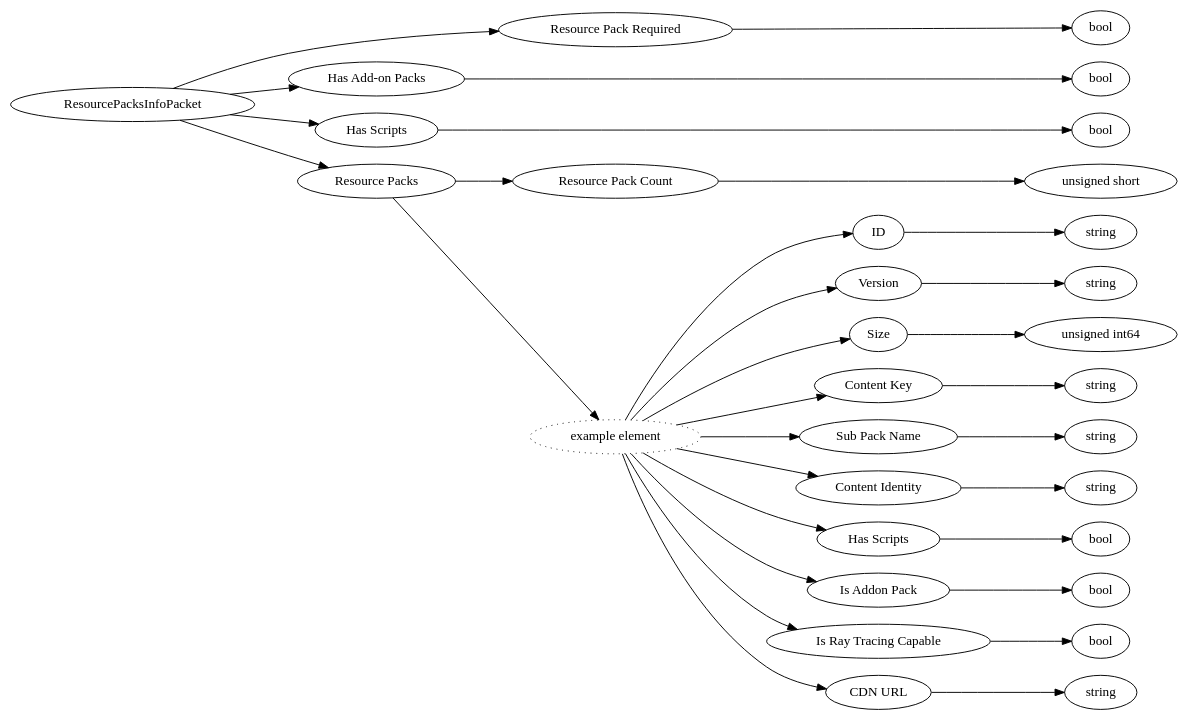
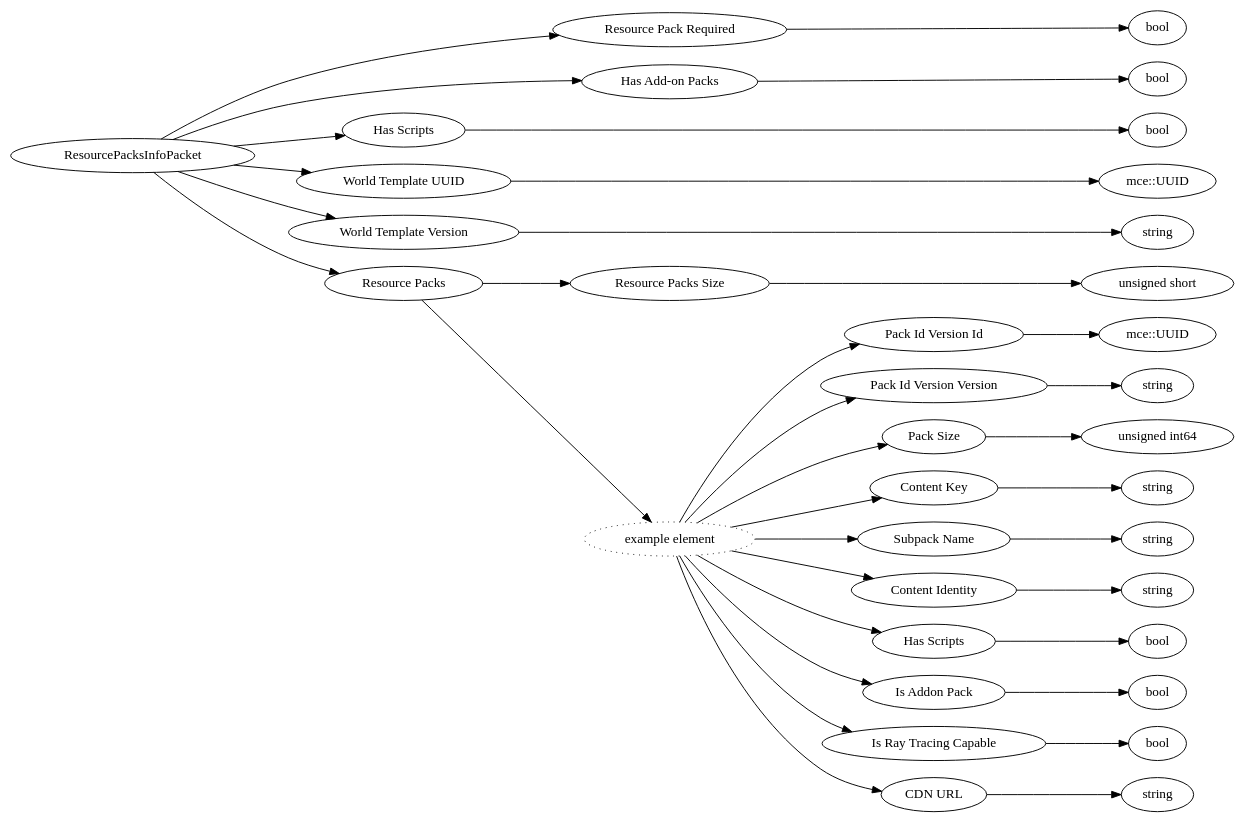
One commit to Mojang/bedrock-protocol-docs changed the diagram in dot/ResourcePacksInfoPacket.dot. Above: the diagram before and after it, drawn with Graphviz. The commit also changed 460 other files, not shown here.

```diff
--- a/dot/ResourcePacksInfoPacket.dot
+++ b/dot/ResourcePacksInfoPacket.dot
@@ -1,68 +1,76 @@
 digraph "ResourcePacksInfoPacket" {
 rankdir = LR
 0
 0 -> 1
 1 -> 2
 0 -> 3
 3 -> 4
 0 -> 5
 5 -> 6
 0 -> 7
 7 -> 8
-8 -> 9
-7 -> 10
-10 -> 11
+0 -> 9
+9 -> 10
+0 -> 11
 11 -> 12
-10 -> 13
-13 -> 14
-10 -> 15
+12 -> 13
+11 -> 14
+14 -> 15
 15 -> 16
-10 -> 17
+14 -> 17
 17 -> 18
-10 -> 19
+14 -> 19
 19 -> 20
-10 -> 21
+14 -> 21
 21 -> 22
-10 -> 23
+14 -> 23
 23 -> 24
-10 -> 25
+14 -> 25
 25 -> 26
-10 -> 27
+14 -> 27
 27 -> 28
-10 -> 29
+14 -> 29
 29 -> 30
+14 -> 31
+31 -> 32
+14 -> 33
+33 -> 34
 
 0 [label="ResourcePacksInfoPacket",comment="name: \"ResourcePacksInfoPacket\", typeName: \"\", id: 0, branchId: 6, recurseId: -1, attributes: 0, notes: \"\""];
 1 [label="Resource Pack Required",comment="name: \"Resource Pack Required\", typeName: \"\", id: 1, branchId: 0, recurseId: -1, attributes: 0, notes: \"\""];
 2 [label="bool",comment="name: \"bool\", typeName: \"\", id: 2, branchId: 0, recurseId: -1, attributes: 512, notes: \"\""];
 3 [label="Has Add-on Packs",comment="name: \"Has Add-on Packs\", typeName: \"\", id: 3, branchId: 0, recurseId: -1, attributes: 0, notes: \"\""];
 4 [label="bool",comment="name: \"bool\", typeName: \"\", id: 4, branchId: 0, recurseId: -1, attributes: 512, notes: \"\""];
 5 [label="Has Scripts",comment="name: \"Has Scripts\", typeName: \"\", id: 5, branchId: 0, recurseId: -1, attributes: 0, notes: \"\""];
 6 [label="bool",comment="name: \"bool\", typeName: \"\", id: 6, branchId: 0, recurseId: -1, attributes: 512, notes: \"\""];
-7 [label="Resource Packs",comment="name: \"Resource Packs\", typeName: \"\", id: 7, branchId: 0, recurseId: -1, attributes: 8, notes: \"\""];
-8 [label="Resource Pack Count",comment="name: \"Resource Pack Count\", typeName: \"\", id: 8, branchId: 0, recurseId: -1, attributes: 0, notes: \"\""];
-9 [label="unsigned short",comment="name: \"unsigned short\", typeName: \"\", id: 9, branchId: 0, recurseId: -1, attributes: 512, notes: \"\""];
-10 [label="example element",style=dotted,comment="name: \"example element\", typeName: \"\", id: 10, branchId: 0, recurseId: -1, attributes: 16, notes: \"\""];
-11 [label="ID",comment="name: \"ID\", typeName: \"\", id: 11, branchId: 0, recurseId: -1, attributes: 0, notes: \"\""];
-12 [label="string",comment="name: \"string\", typeName: \"\", id: 12, branchId: 0, recurseId: -1, attributes: 512, notes: \"\""];
-13 [label="Version",comment="name: \"Version\", typeName: \"\", id: 13, branchId: 0, recurseId: -1, attributes: 0, notes: \"\""];
-14 [label="string",comment="name: \"string\", typeName: \"\", id: 14, branchId: 0, recurseId: -1, attributes: 512, notes: \"\""];
-15 [label="Size",comment="name: \"Size\", typeName: \"\", id: 15, branchId: 0, recurseId: -1, attributes: 0, notes: \"\""];
-16 [label="unsigned int64",comment="name: \"unsigned int64\", typeName: \"\", id: 16, branchId: 0, recurseId: -1, attributes: 512, notes: \"\""];
-17 [label="Content Key",comment="name: \"Content Key\", typeName: \"\", id: 17, branchId: 0, recurseId: -1, attributes: 0, notes: \"\""];
+7 [label="World Template UUID",comment="name: \"World Template UUID\", typeName: \"mce::UUID\", id: 7, branchId: 0, recurseId: -1, attributes: 256, notes: \"Indicates what template if any was used to create the world on the server.\""];
+8 [label="mce::UUID",comment="name: \"mce::UUID\", typeName: \"\", id: 8, branchId: 0, recurseId: -1, attributes: 512, notes: \"\""];
+9 [label="World Template Version",comment="name: \"World Template Version\", typeName: \"\", id: 9, branchId: 0, recurseId: -1, attributes: 0, notes: \"Indicates the version of the template used to create the world on the server.\""];
+10 [label="string",comment="name: \"string\", typeName: \"\", id: 10, branchId: 0, recurseId: -1, attributes: 512, notes: \"\""];
+11 [label="Resource Packs",comment="name: \"Resource Packs\", typeName: \"\", id: 11, branchId: 0, recurseId: -1, attributes: 8, notes: \"\""];
+12 [label="Resource Packs Size",comment="name: \"Resource Packs Size\", typeName: \"\", id: 12, branchId: 0, recurseId: -1, attributes: 0, notes: \"\""];
+13 [label="unsigned short",comment="name: \"unsigned short\", typeName: \"\", id: 13, branchId: 0, recurseId: -1, attributes: 512, notes: \"\""];
+14 [label="example element",style=dotted,comment="name: \"example element\", typeName: \"\", id: 14, branchId: 0, recurseId: -1, attributes: 16, notes: \"\""];
+15 [label="Pack Id Version Id",comment="name: \"Pack Id Version Id\", typeName: \"mce::UUID\", id: 15, branchId: 0, recurseId: -1, attributes: 256, notes: \"\""];
+16 [label="mce::UUID",comment="name: \"mce::UUID\", typeName: \"\", id: 16, branchId: 0, recurseId: -1, attributes: 512, notes: \"\""];
+17 [label="Pack Id Version Version",comment="name: \"Pack Id Version Version\", typeName: \"\", id: 17, branchId: 0, recurseId: -1, attributes: 0, notes: \"\""];
 18 [label="string",comment="name: \"string\", typeName: \"\", id: 18, branchId: 0, recurseId: -1, attributes: 512, notes: \"\""];
-19 [label="Sub Pack Name",comment="name: \"Sub Pack Name\", typeName: \"\", id: 19, branchId: 0, recurseId: -1, attributes: 0, notes: \"\""];
-20 [label="string",comment="name: \"string\", typeName: \"\", id: 20, branchId: 0, recurseId: -1, attributes: 512, notes: \"\""];
-21 [label="Content Identity",comment="name: \"Content Identity\", typeName: \"\", id: 21, branchId: 0, recurseId: -1, attributes: 0, notes: \"\""];
+19 [label="Pack Size",comment="name: \"Pack Size\", typeName: \"\", id: 19, branchId: 0, recurseId: -1, attributes: 0, notes: \"\""];
+20 [label="unsigned int64",comment="name: \"unsigned int64\", typeName: \"\", id: 20, branchId: 0, recurseId: -1, attributes: 512, notes: \"\""];
+21 [label="Content Key",comment="name: \"Content Key\", typeName: \"\", id: 21, branchId: 0, recurseId: -1, attributes: 0, notes: \"\""];
 22 [label="string",comment="name: \"string\", typeName: \"\", id: 22, branchId: 0, recurseId: -1, attributes: 512, notes: \"\""];
-23 [label="Has Scripts",comment="name: \"Has Scripts\", typeName: \"\", id: 23, branchId: 0, recurseId: -1, attributes: 0, notes: \"\""];
-24 [label="bool",comment="name: \"bool\", typeName: \"\", id: 24, branchId: 0, recurseId: -1, attributes: 512, notes: \"\""];
-25 [label="Is Addon Pack",comment="name: \"Is Addon Pack\", typeName: \"\", id: 25, branchId: 0, recurseId: -1, attributes: 0, notes: \"Indicates this pack is part of an Add-On. Helps clients determine if the pack must be downloaded to join the server as Add-On packs are required to play without issues.\""];
-26 [label="bool",comment="name: \"bool\", typeName: \"\", id: 26, branchId: 0, recurseId: -1, attributes: 512, notes: \"\""];
-27 [label="Is Ray Tracing Capable",comment="name: \"Is Ray Tracing Capable\", typeName: \"\", id: 27, branchId: 0, recurseId: -1, attributes: 0, notes: \"\""];
+23 [label="Subpack Name",comment="name: \"Subpack Name\", typeName: \"\", id: 23, branchId: 0, recurseId: -1, attributes: 0, notes: \"\""];
+24 [label="string",comment="name: \"string\", typeName: \"\", id: 24, branchId: 0, recurseId: -1, attributes: 512, notes: \"\""];
+25 [label="Content Identity",comment="name: \"Content Identity\", typeName: \"\", id: 25, branchId: 0, recurseId: -1, attributes: 0, notes: \"\""];
+26 [label="string",comment="name: \"string\", typeName: \"\", id: 26, branchId: 0, recurseId: -1, attributes: 512, notes: \"\""];
+27 [label="Has Scripts",comment="name: \"Has Scripts\", typeName: \"\", id: 27, branchId: 0, recurseId: -1, attributes: 0, notes: \"\""];
 28 [label="bool",comment="name: \"bool\", typeName: \"\", id: 28, branchId: 0, recurseId: -1, attributes: 512, notes: \"\""];
-29 [label="CDN URL",comment="name: \"CDN URL\", typeName: \"\", id: 29, branchId: 0, recurseId: -1, attributes: 0, notes: \"\""];
-30 [label="string",comment="name: \"string\", typeName: \"\", id: 30, branchId: 0, recurseId: -1, attributes: 512, notes: \"\""];
-{ rank = max;2;4;6;9;12;14;16;18;20;22;24;26;28;30}
+29 [label="Is Addon Pack",comment="name: \"Is Addon Pack\", typeName: \"\", id: 29, branchId: 0, recurseId: -1, attributes: 0, notes: \"Indicates this pack is part of an Add-On. Helps clients determine if the pack must be downloaded to join the server as Add-On packs are required to play without issues.\""];
+30 [label="bool",comment="name: \"bool\", typeName: \"\", id: 30, branchId: 0, recurseId: -1, attributes: 512, notes: \"\""];
+31 [label="Is Ray Tracing Capable",comment="name: \"Is Ray Tracing Capable\", typeName: \"\", id: 31, branchId: 0, recurseId: -1, attributes: 0, notes: \"\""];
+32 [label="bool",comment="name: \"bool\", typeName: \"\", id: 32, branchId: 0, recurseId: -1, attributes: 512, notes: \"\""];
+33 [label="CDN URL",comment="name: \"CDN URL\", typeName: \"\", id: 33, branchId: 0, recurseId: -1, attributes: 0, notes: \"\""];
+34 [label="string",comment="name: \"string\", typeName: \"\", id: 34, branchId: 0, recurseId: -1, attributes: 512, notes: \"\""];
+{ rank = max;2;4;6;8;10;13;16;18;20;22;24;26;28;30;32;34}
 
 }
```
